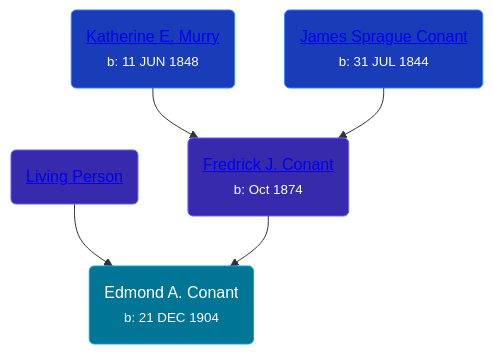
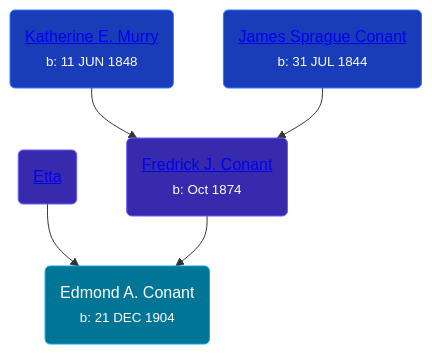
One commit to wpmgotkh/wpmgotkh.github.io changed the diagram in pages/people/5/5523762.md. Above: the diagram before and after it, drawn with Mermaid. The commit also changed other lines of this file and 586 other files, not shown here.

Commit message:
feat: better shouldConsiderPersonLiving algo

````diff
--- a/pages/people/5/5523762.md
+++ b/pages/people/5/5523762.md
@@ -11,11 +11,11 @@
 ```mermaid
 graph
 classDef grands fill:#193cb8,stroke:#2b7fff,stroke-width:1px,color:#fff;
 classDef parents fill:#372aac,stroke:#615fff,stroke-width:1px,color:#fff;
 classDef primary fill:#007595,stroke:#00a6f4,stroke-width:1px,color:#fff;
 5523762(Edmond A. Conant<br /><small>b: 21 DEC 1904</small>):::primary
-84331585(<a class="text-white" href="/people/8/84331585">Living Person</a>):::parents-->5523762
+84331585(<a class="text-white" href="/people/8/84331585">Etta </a>):::parents-->5523762
 80092500(<a class="text-white" href="/people/8/80092500">Fredrick J. Conant</a><br /><small>b: Oct 1874</small>):::parents-->5523762
 25746290(<a class="text-white" href="/people/2/25746290">Katherine E. Murry</a><br /><small>b: 11 JUN 1848</small>):::grands-->80092500
 62404416(<a class="text-white" href="/people/6/62404416">James Sprague Conant</a><br /><small>b: 31 JUL 1844</small>):::grands-->80092500
 ```
````
